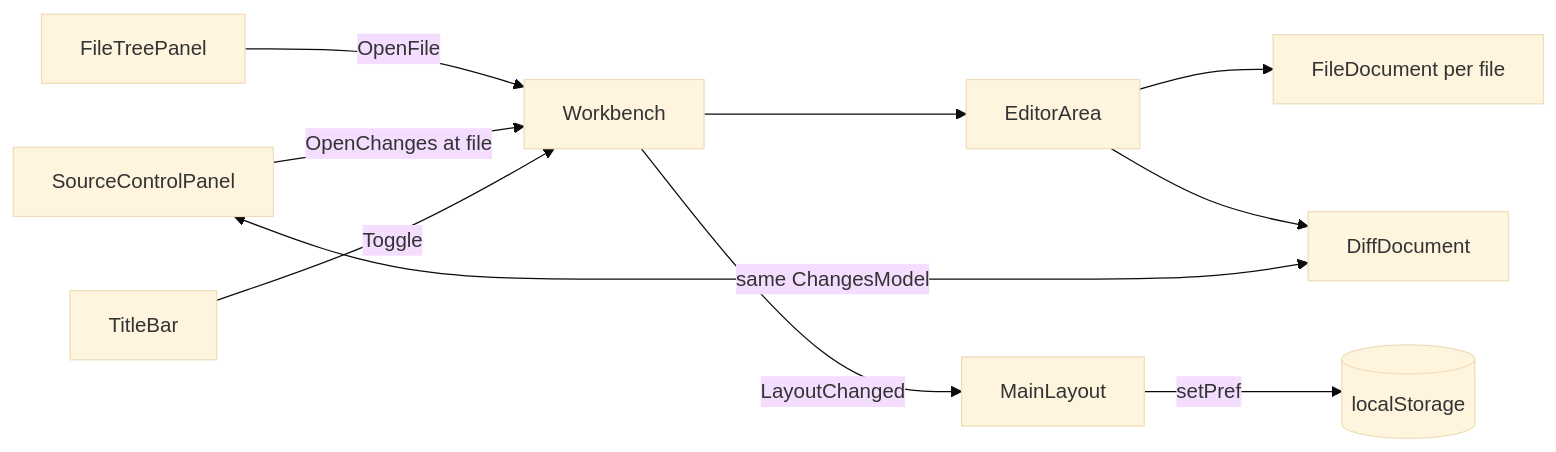
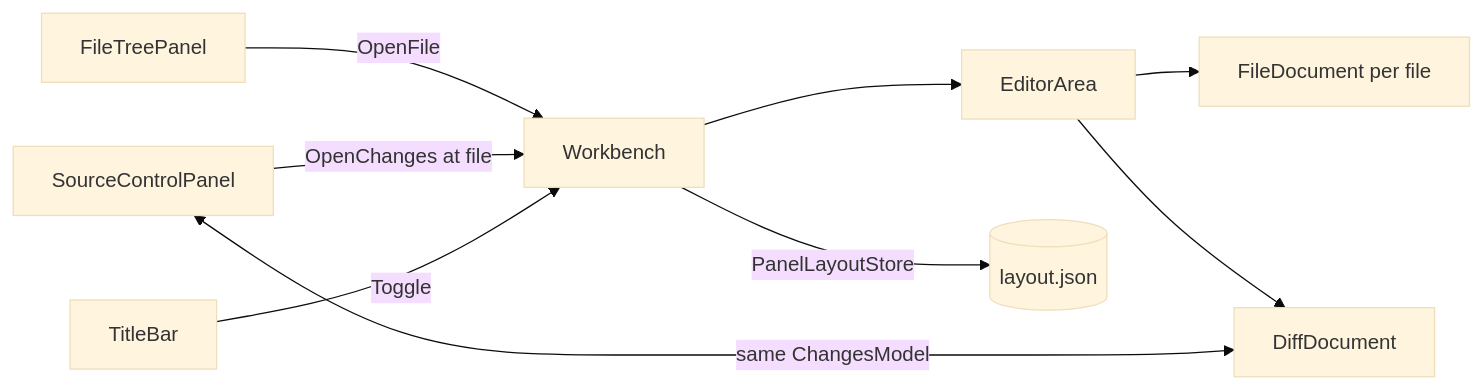
The second of 4 diagrams in docs/workbench.md (BradenTerry/Tog), drawn with Mermaid (base theme) before and after one commit. The commit also changed other lines of this file and 14 other files, not shown here.

````diff
--- a/docs/workbench.md
+++ b/docs/workbench.md
@@ -74,11 +76,11 @@
 ```mermaid
 flowchart LR
     FT[FileTreePanel] -->|OpenFile| WB[Workbench]
     SC[SourceControlPanel] -->|OpenChanges at file| WB
     WB --> EA[EditorArea]
     EA --> FD[FileDocument per file]
     EA --> DD[DiffDocument]
     SC <-->|same ChangesModel| DD
     TB[TitleBar] -->|Toggle| WB
-    WB -->|LayoutChanged| ML[MainLayout] -->|setPref| LS[(localStorage)]
+    WB -->|PanelLayoutStore| LF[(layout.json)]
 ```
````
